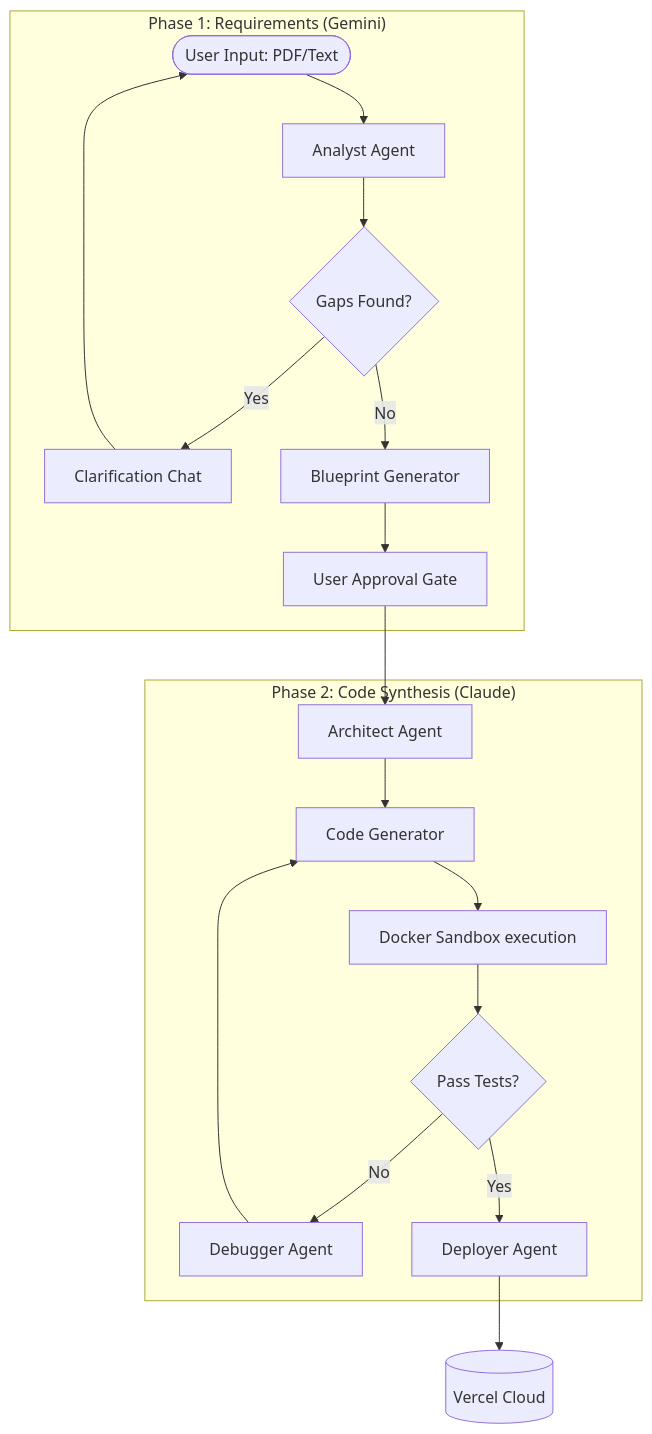
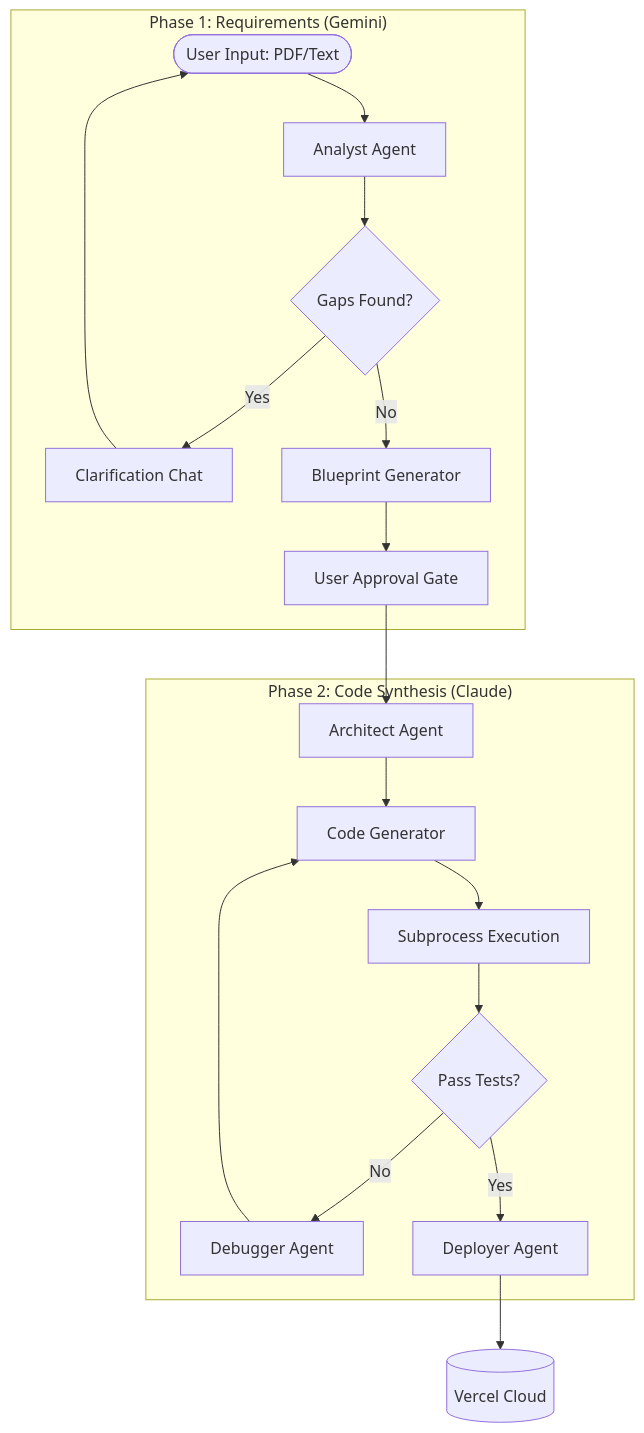
The diagram in README.md (MohamadAtamneh404/DeMaestro-Code), drawn with Mermaid before and after one commit. The commit also changed other lines of this file, not shown here.

````diff
--- a/README.md
+++ b/README.md
@@ -41,25 +34,25 @@
 ```mermaid
 graph TD
     User([User Input: PDF/Text]) --> A
     
     subgraph "Phase 1: Requirements (Gemini)"
     A[Analyst Agent] --> B{Gaps Found?}
     B -- Yes --> C[Clarification Chat]
     C --> User
     B -- No --> D[Blueprint Generator]
     D --> Approval[User Approval Gate]
     end
     
     Approval --> E
     
     subgraph "Phase 2: Code Synthesis (Claude)"
     E[Architect Agent] --> F[Code Generator]
-    F --> G[Docker Sandbox execution]
+    F --> G[Subprocess Execution]
     G --> H{Pass Tests?}
     H -- No --> I[Debugger Agent]
     I --> F
     H -- Yes --> J[Deployer Agent]
     end
     
     J --> Vercel[(Vercel Cloud)]
 ```
````
